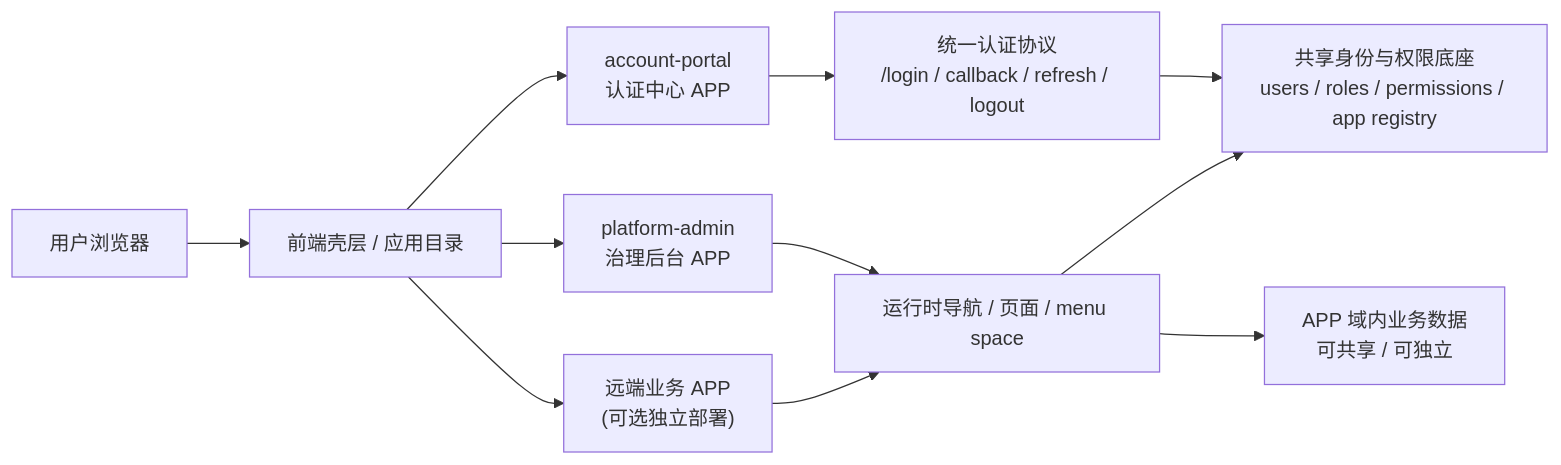
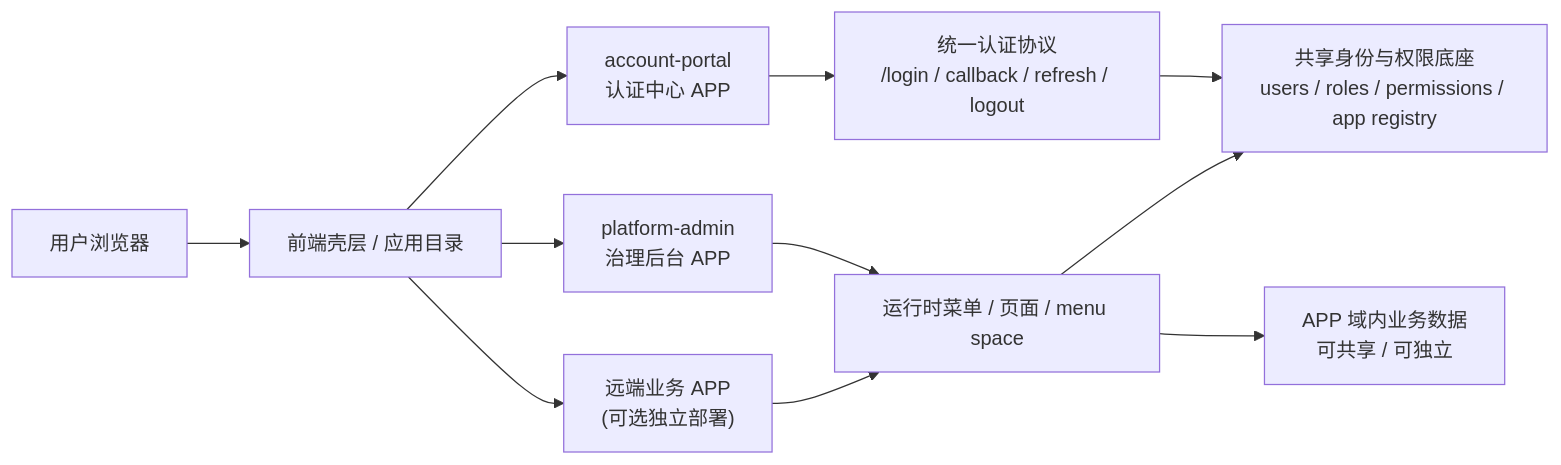
The first of 2 diagrams in .claude/Instructions/flows/multi-app-hosting-foundation.md (isguang2024/G-G-E-commerce), drawn with Mermaid before and after one commit. The commit also changed other lines of this file and 26 other files, not shown here.

````diff
--- a/.claude/Instructions/flows/multi-app-hosting-foundation.md
+++ b/.claude/Instructions/flows/multi-app-hosting-foundation.md
@@ -884,15 +884,15 @@
 ```mermaid
 flowchart LR
   user["用户浏览器"] --> shell["前端壳层 / 应用目录"]
   shell --> account["account-portal\n认证中心 APP"]
   shell --> admin["platform-admin\n治理后台 APP"]
   shell --> remote["远端业务 APP\n(可选独立部署)"]
 
   account --> authApi["统一认证协议\n/login / callback / refresh / logout"]
-  admin --> runtimeApi["运行时导航 / 页面 / menu space"]
+  admin --> runtimeApi["运行时菜单 / 页面 / menu space"]
   remote --> runtimeApi
 
   authApi --> shared["共享身份与权限底座\nusers / roles / permissions / app registry"]
   runtimeApi --> shared
   runtimeApi --> domain["APP 域内业务数据\n可共享 / 可独立"]
 ```
````
